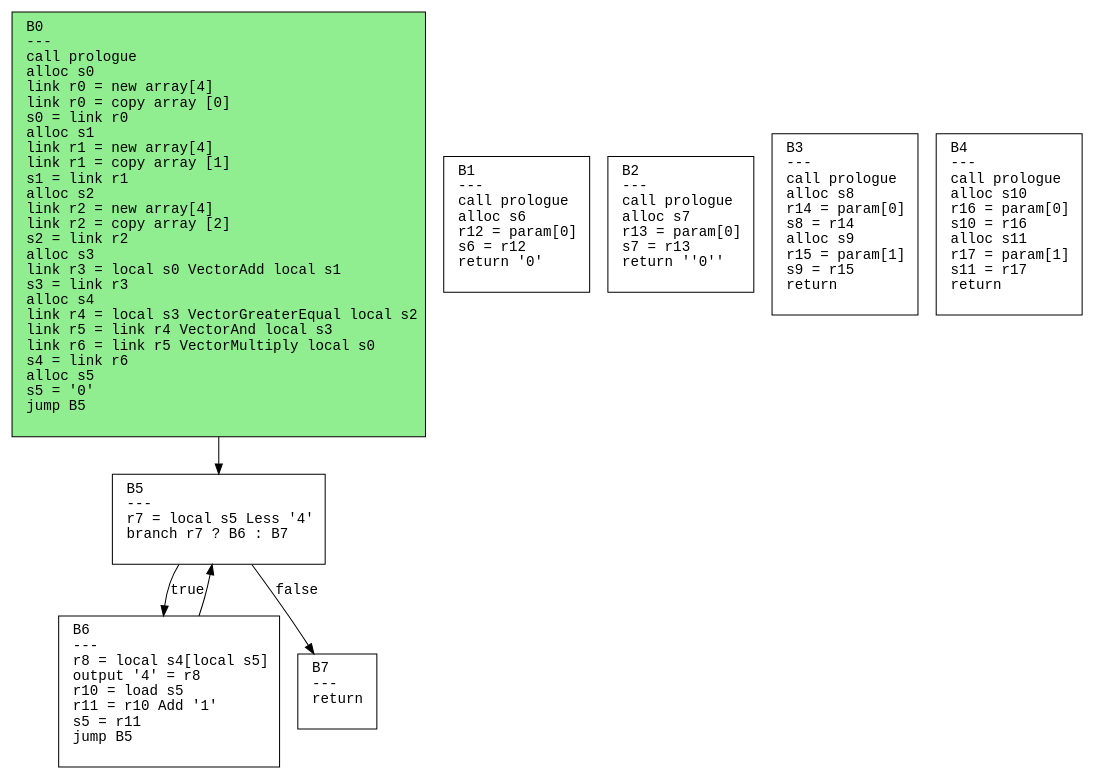
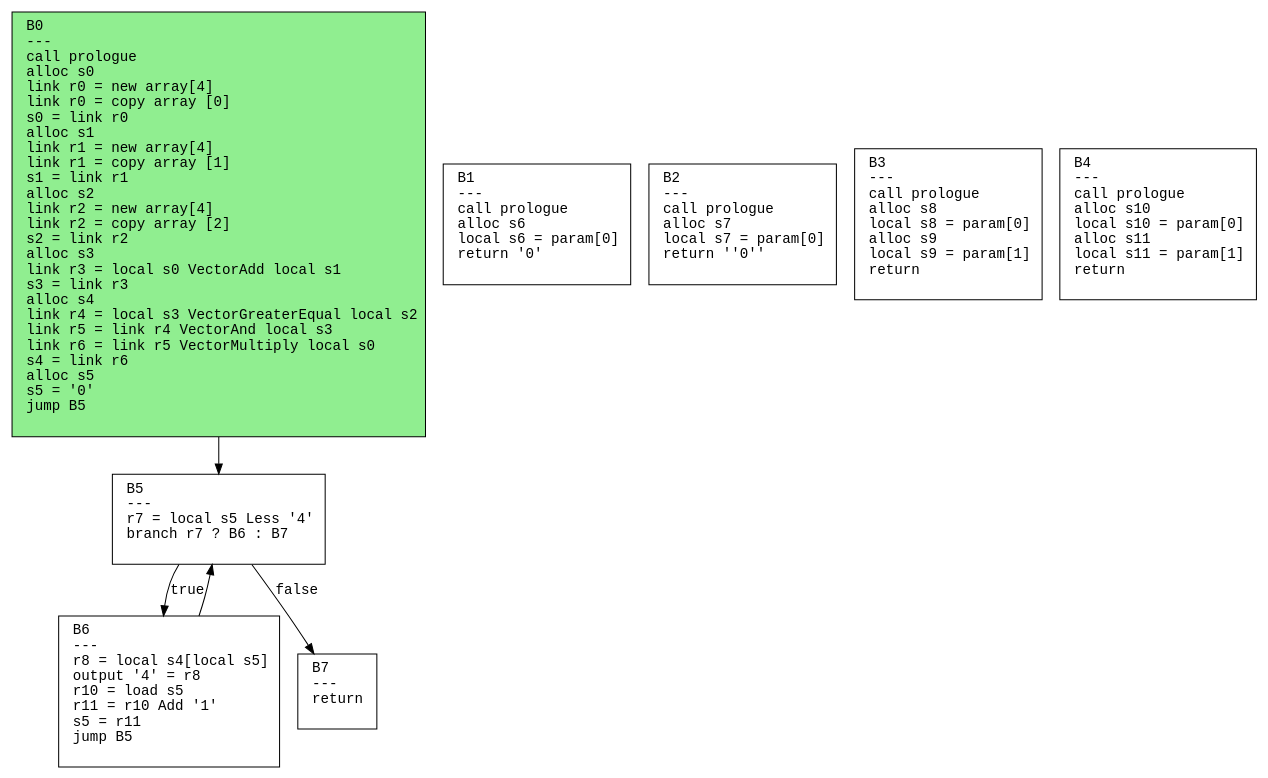
The diagram in schemes/vector.dot (safarislava/ProcTranslator), drawn with Graphviz before and after one commit. The commit also changed 20 other files, not shown here.

```diff
--- a/schemes/vector.dot
+++ b/schemes/vector.dot
@@ -1,19 +1,19 @@
 digraph CFG {
   rankdir=TB;
   node [shape=box, fontname="Courier", style=filled, fillcolor=white, margin="0.2,0.1"];
   edge [fontname="Courier"];
 
   "B0" [label="B0\l---\lcall prologue\lalloc s0\llink r0 = new array[4]\llink r0 = copy array [0]\ls0 = link r0\lalloc s1\llink r1 = new array[4]\llink r1 = copy array [1]\ls1 = link r1\lalloc s2\llink r2 = new array[4]\llink r2 = copy array [2]\ls2 = link r2\lalloc s3\llink r3 = local s0 VectorAdd local s1\ls3 = link r3\lalloc s4\llink r4 = local s3 VectorGreaterEqual local s2\llink r5 = link r4 VectorAnd local s3\llink r6 = link r5 VectorMultiply local s0\ls4 = link r6\lalloc s5\ls5 = '0'\ljump B5\l "];
-  "B1" [label="B1\l---\lcall prologue\lalloc s6\lr12 = param[0]\ls6 = r12\lreturn '0'\l "];
-  "B2" [label="B2\l---\lcall prologue\lalloc s7\lr13 = param[0]\ls7 = r13\lreturn ''0''\l "];
-  "B3" [label="B3\l---\lcall prologue\lalloc s8\lr14 = param[0]\ls8 = r14\lalloc s9\lr15 = param[1]\ls9 = r15\lreturn\l "];
-  "B4" [label="B4\l---\lcall prologue\lalloc s10\lr16 = param[0]\ls10 = r16\lalloc s11\lr17 = param[1]\ls11 = r17\lreturn\l "];
+  "B1" [label="B1\l---\lcall prologue\lalloc s6\llocal s6 = param[0]\lreturn '0'\l "];
+  "B2" [label="B2\l---\lcall prologue\lalloc s7\llocal s7 = param[0]\lreturn ''0''\l "];
+  "B3" [label="B3\l---\lcall prologue\lalloc s8\llocal s8 = param[0]\lalloc s9\llocal s9 = param[1]\lreturn\l "];
+  "B4" [label="B4\l---\lcall prologue\lalloc s10\llocal s10 = param[0]\lalloc s11\llocal s11 = param[1]\lreturn\l "];
   "B5" [label="B5\l---\lr7 = local s5 Less '4'\lbranch r7 ? B6 : B7\l "];
   "B6" [label="B6\l---\lr8 = local s4[local s5]\loutput '4' = r8\lr10 = load s5\lr11 = r10 Add '1'\ls5 = r11\ljump B5\l "];
   "B7" [label="B7\l---\lreturn\l "];
   "B0" -> "B5";
   "B5" -> "B6" [label="true"];
   "B5" -> "B7" [label="false"];
   "B6" -> "B5";
   "B0" [fillcolor=lightgreen];
 }
```
